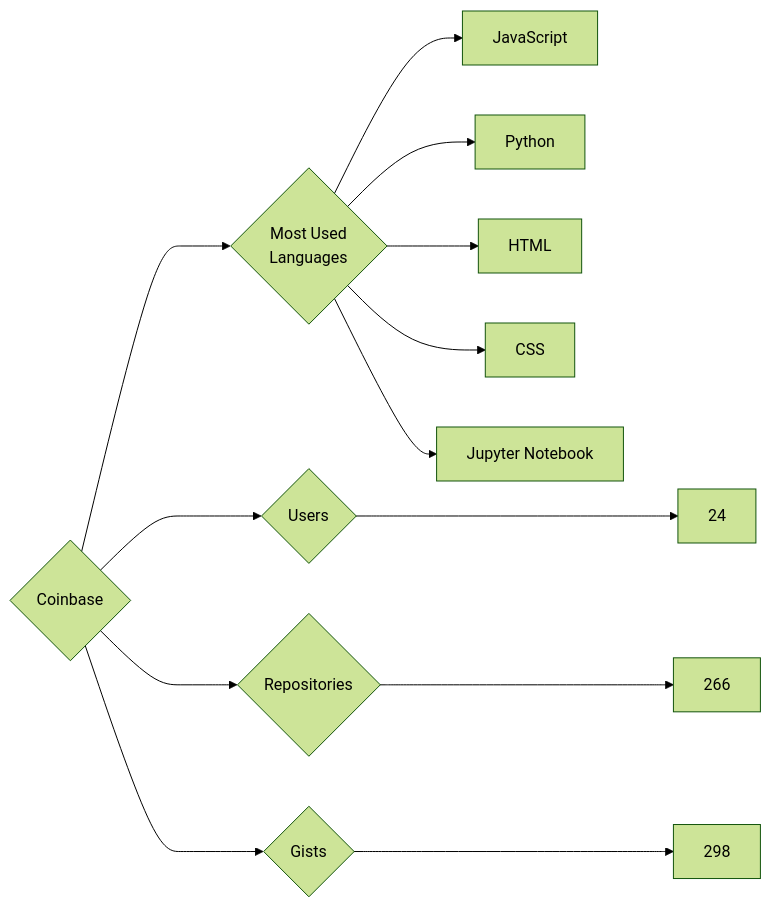
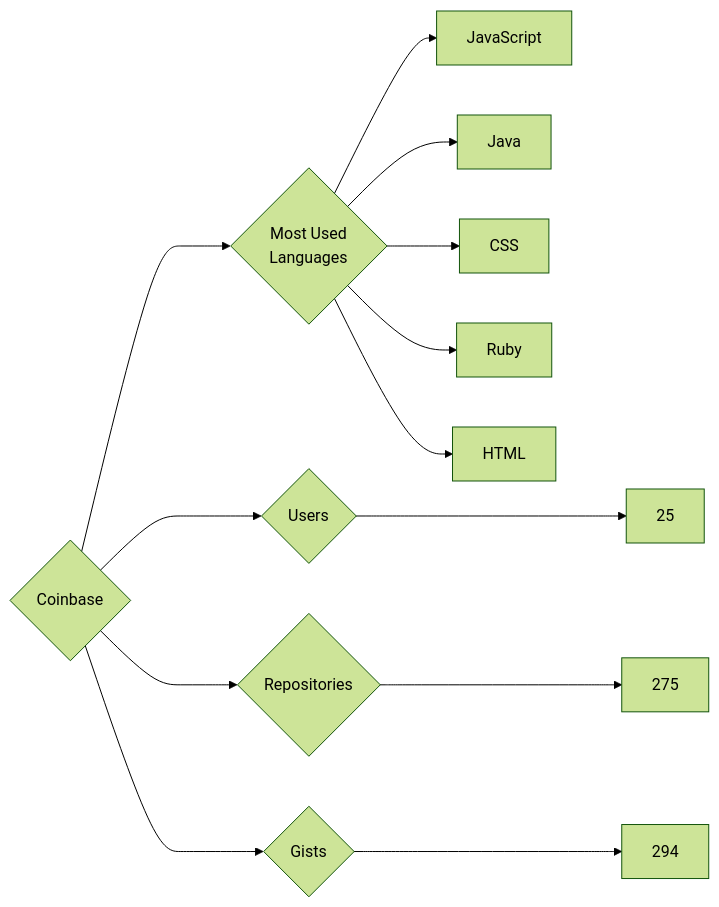
Before and after one commit to trickest/insiders: the diagram in targets/Coinbase/README.md, drawn with Mermaid (forest theme). The commit also changed 965 other files, not shown here.

````diff
--- a/targets/Coinbase/README.md
+++ b/targets/Coinbase/README.md
@@ -3,13 +3,13 @@
 ```mermaid
 graph LR
 COMPANY_NAME{Coinbase}
-COMPANY_NAME ---> U{Users} ---> UN[24]
-COMPANY_NAME ---> R{Repositories} ---> RN[266]
-COMPANY_NAME ---> G{Gists} ---> GN[298]
+COMPANY_NAME ---> U{Users} ---> UN[25]
+COMPANY_NAME ---> R{Repositories} ---> RN[275]
+COMPANY_NAME ---> G{Gists} ---> GN[294]
 COMPANY_NAME ---> ML{Most Used<br>Languages}
 ML --> JavaScript[JavaScript]
-ML --> Python[Python]
+ML --> Java[Java]
+ML --> CSS[CSS]
+ML --> Ruby[Ruby]
 ML --> HTML[HTML]
-ML --> CSS[CSS]
-ML --> Jupyter_Notebook[Jupyter Notebook]
 ```
````
